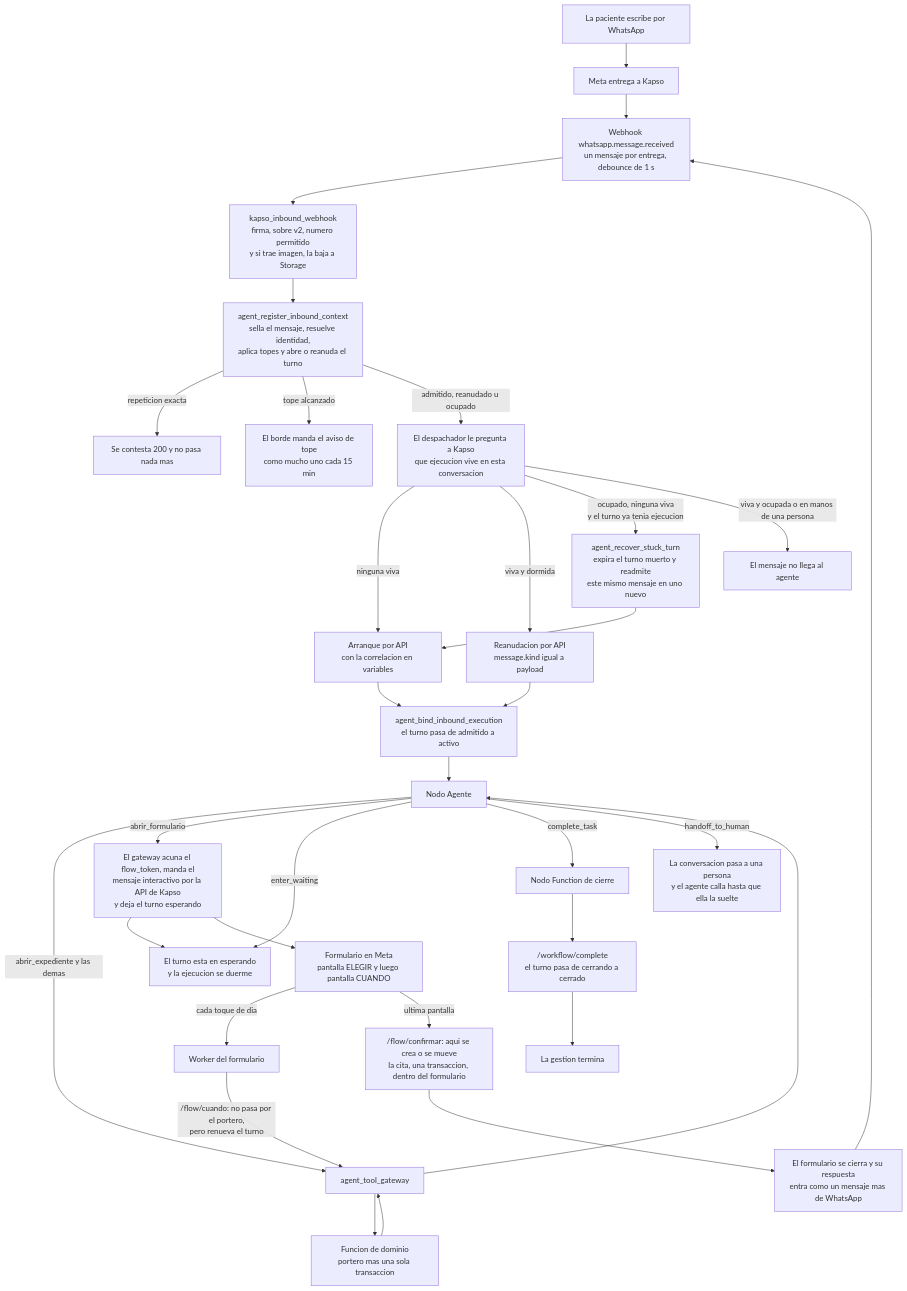
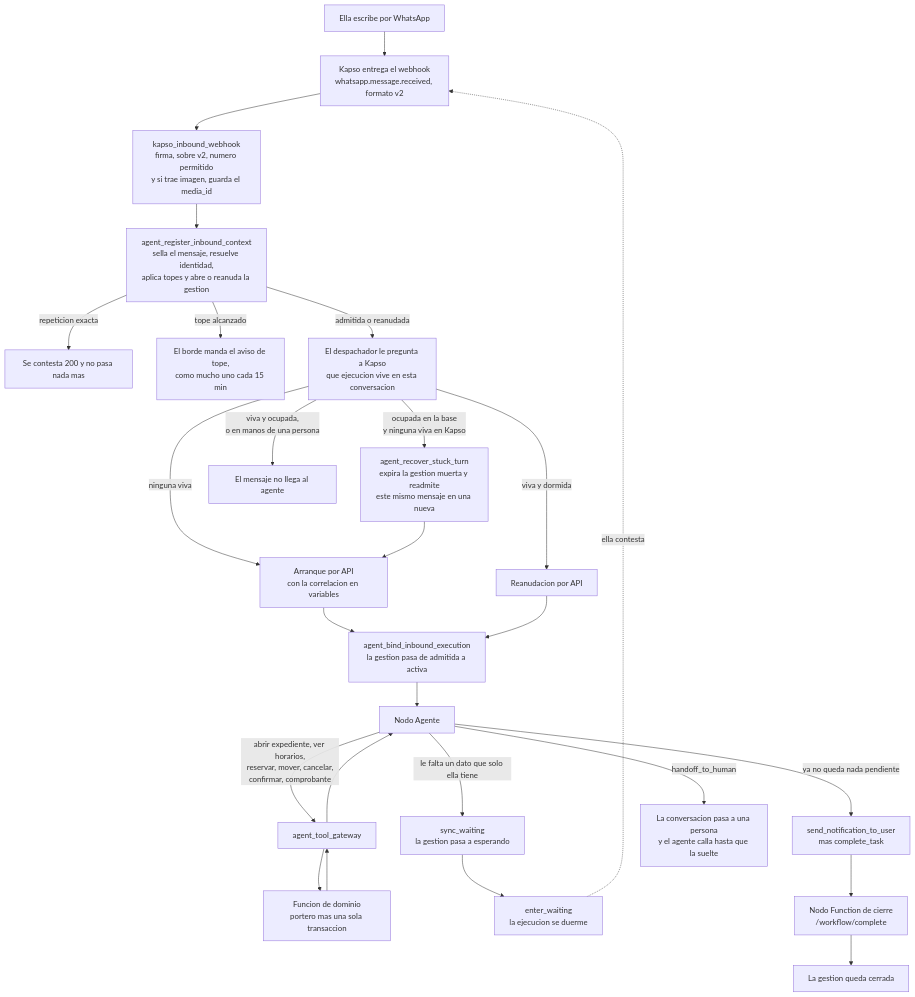
The diagram in docs/diseno/01-arquitectura.md (meagendamx-a11y/agente_ia_pseudocodigo), drawn with Mermaid before and after one commit. The commit also changed other lines of this file and 10 other files, not shown here.

````diff
--- a/docs/diseno/01-arquitectura.md
+++ b/docs/diseno/01-arquitectura.md
@@ -46,42 +51,35 @@
 ```mermaid
 flowchart TD
-    A["La paciente escribe por WhatsApp"] --> B["Meta entrega a Kapso"]
-    B --> C["Webhook whatsapp.message.received<br/>un mensaje por entrega, debounce de 1 s"]
-    C --> D["kapso_inbound_webhook<br/>firma, sobre v2, numero permitido<br/>y si trae imagen, la baja a Storage"]
-    D --> E["agent_register_inbound_context<br/>sella el mensaje, resuelve identidad,<br/>aplica topes y abre o reanuda el turno"]
+    A["Ella escribe por WhatsApp"] --> B["Kapso entrega el webhook<br/>whatsapp.message.received, formato v2"]
+    B --> C["kapso_inbound_webhook<br/>firma, sobre v2, numero permitido<br/>y si trae imagen, guarda el media_id"]
+    C --> D["agent_register_inbound_context<br/>sella el mensaje, resuelve identidad,<br/>aplica topes y abre o reanuda la gestion"]
 
-    E -->|repeticion exacta| Z1["Se contesta 200 y no pasa nada mas"]
-    E -->|tope alcanzado| Z2["El borde manda el aviso de tope<br/>como mucho uno cada 15 min"]
-    E -->|admitido, reanudado u ocupado| F["El despachador le pregunta a Kapso<br/>que ejecucion vive en esta conversacion"]
+    D -->|repeticion exacta| Z1["Se contesta 200 y no pasa nada mas"]
+    D -->|tope alcanzado| Z2["El borde manda el aviso de tope,<br/>como mucho uno cada 15 min"]
+    D -->|admitida o reanudada| E["El despachador le pregunta a Kapso<br/>que ejecucion vive en esta conversacion"]
 
-    F -->|ninguna viva| G["Arranque por API<br/>con la correlacion en variables"]
-    F -->|viva y dormida| H["Reanudacion por API<br/>message.kind igual a payload"]
-    F -->|ocupado, ninguna viva<br/>y el turno ya tenia ejecucion| W["agent_recover_stuck_turn<br/>expira el turno muerto y readmite<br/>este mismo mensaje en uno nuevo"]
-    F -->|viva y ocupada o en manos de una persona| Z3["El mensaje no llega al agente"]
+    E -->|ninguna viva| F["Arranque por API<br/>con la correlacion en variables"]
+    E -->|viva y dormida| G["Reanudacion por API"]
+    E -->|ocupada en la base<br/>y ninguna viva en Kapso| R["agent_recover_stuck_turn<br/>expira la gestion muerta y readmite<br/>este mismo mensaje en una nueva"]
+    E -->|viva y ocupada,<br/>o en manos de una persona| Z3["El mensaje no llega al agente"]
 
-    W --> G
-    G --> I["agent_bind_inbound_execution<br/>el turno pasa de admitido a activo"]
-    H --> I
-    I --> J["Nodo Agente"]
+    R --> F
+    F --> H["agent_bind_inbound_execution<br/>la gestion pasa de admitida a activa"]
+    G --> H
+    H --> I["Nodo Agente"]
 
-    J -->|abrir_expediente y las demas| K["agent_tool_gateway"]
-    K --> L["Funcion de dominio<br/>portero mas una sola transaccion"]
-    L --> K
+    I -->|abrir expediente, ver horarios,<br/>reservar, mover, cancelar,<br/>confirmar, comprobante| J["agent_tool_gateway"]
+    J --> K["Funcion de dominio<br/>portero mas una sola transaccion"]
     K --> J
+    J --> I
 
-    J -->|abrir_formulario| M["El gateway acuna el flow_token, manda el<br/>mensaje interactivo por la API de Kapso<br/>y deja el turno esperando"]
-    J -->|enter_waiting| Q["El turno esta en esperando<br/>y la ejecucion se duerme"]
-    J -->|complete_task| S["Nodo Function de cierre"]
-    J -->|handoff_to_human| V["La conversacion pasa a una persona<br/>y el agente calla hasta que ella la suelte"]
+    I -->|le falta un dato que solo ella tiene| L["sync_waiting<br/>la gestion pasa a esperando"]
+    L --> M["enter_waiting<br/>la ejecucion se duerme"]
+    M -.->|ella contesta| B
 
-    M --> Q
-    M --> N["Formulario en Meta<br/>pantalla ELEGIR y luego pantalla CUANDO"]
-    N -->|cada toque de dia| O["Worker del formulario"]
-    O -->|/flow/cuando: no pasa por el portero,<br/>pero renueva el turno| K
-    N -->|ultima pantalla| P["/flow/confirmar: aqui se crea o se mueve<br/>la cita, una transaccion, dentro del formulario"]
-    P --> R["El formulario se cierra y su respuesta<br/>entra como un mensaje mas de WhatsApp"]
-    R --> C
+    I -->|ya no queda nada pendiente| N["send_notification_to_user<br/>mas complete_task"]
+    N --> O["Nodo Function de cierre<br/>/workflow/complete"]
+    O --> P["La gestion queda cerrada"]
 
-    S --> T["/workflow/complete<br/>el turno pasa de cerrando a cerrado"]
-    T --> U["La gestion termina"]
+    I -->|handoff_to_human| Q["La conversacion pasa a una persona<br/>y el agente calla hasta que la suelte"]
 ```
````
